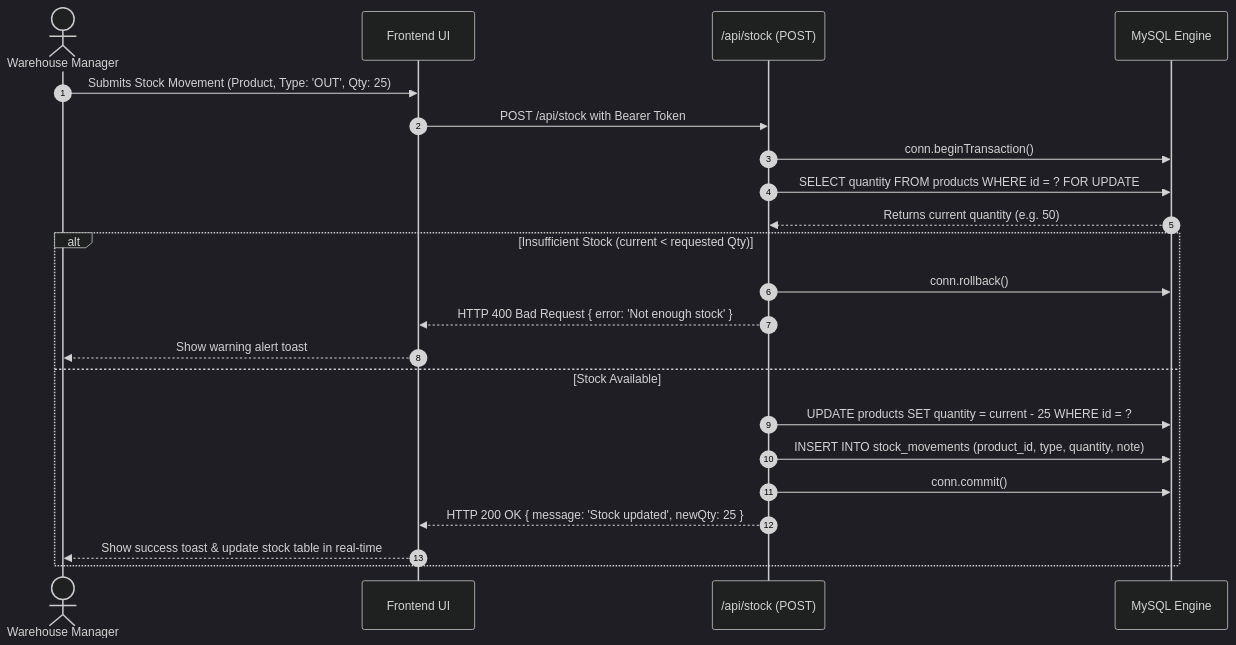
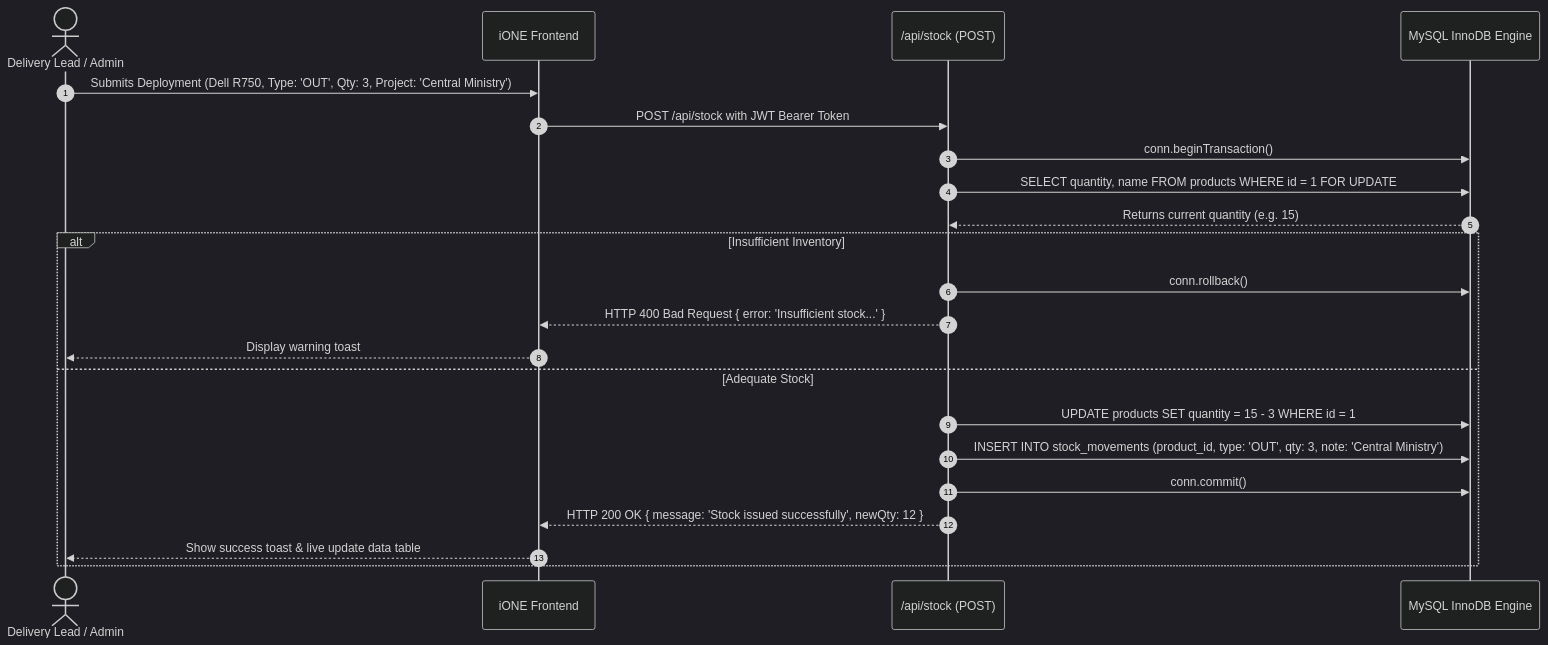
Before and after one commit to bhumika-bindal/Inventory_mngmnt_sys: the third of 3 diagrams in IMS_System_Design.md, drawn with Mermaid (dark theme). The commit also changed other lines of this file and 12 other files, not shown here.

````diff
--- a/IMS_System_Design.md
+++ b/IMS_System_Design.md
@@ -157,26 +106,26 @@
 ```mermaid
 sequenceDiagram
     autonumber
-    actor User as Warehouse Manager
-    participant Client as Frontend UI
-    participant StockRoute as /api/stock (POST)
-    participant DB as MySQL Engine
+    actor DeliveryMgr as Delivery Lead / Admin
+    participant UI as iONE Frontend
+    participant Route as /api/stock (POST)
+    participant DB as MySQL InnoDB Engine
 
-    User->>Client: Submits Stock Movement (Product, Type: 'OUT', Qty: 25)
-    Client->>StockRoute: POST /api/stock with Bearer Token
-    StockRoute->>DB: conn.beginTransaction()
-    StockRoute->>DB: SELECT quantity FROM products WHERE id = ? FOR UPDATE
-    DB-->>StockRoute: Returns current quantity (e.g. 50)
+    DeliveryMgr->>UI: Submits Deployment (Dell R750, Type: 'OUT', Qty: 3, Project: 'Central Ministry')
+    UI->>Route: POST /api/stock with JWT Bearer Token
+    Route->>DB: conn.beginTransaction()
+    Route->>DB: SELECT quantity, name FROM products WHERE id = 1 FOR UPDATE
+    DB-->>Route: Returns current quantity (e.g. 15)
 
-    alt Insufficient Stock (current < requested Qty)
-        StockRoute->>DB: conn.rollback()
-        StockRoute-->>Client: HTTP 400 Bad Request { error: 'Not enough stock' }
-        Client-->>User: Show warning alert toast
-    else Stock Available
-        StockRoute->>DB: UPDATE products SET quantity = current - 25 WHERE id = ?
-        StockRoute->>DB: INSERT INTO stock_movements (product_id, type, quantity, note)
-        StockRoute->>DB: conn.commit()
-        StockRoute-->>Client: HTTP 200 OK { message: 'Stock updated', newQty: 25 }
-        Client-->>User: Show success toast & update stock table in real-time
+    alt Insufficient Inventory
+        Route->>DB: conn.rollback()
+        Route-->>UI: HTTP 400 Bad Request { error: 'Insufficient stock...' }
+        UI-->>DeliveryMgr: Display warning toast
+    else Adequate Stock
+        Route->>DB: UPDATE products SET quantity = 15 - 3 WHERE id = 1
+        Route->>DB: INSERT INTO stock_movements (product_id, type: 'OUT', qty: 3, note: 'Central Ministry')
+        Route->>DB: conn.commit()
+        Route-->>UI: HTTP 200 OK { message: 'Stock issued successfully', newQty: 12 }
+        UI-->>DeliveryMgr: Show success toast & live update data table
     end
 ```
````
